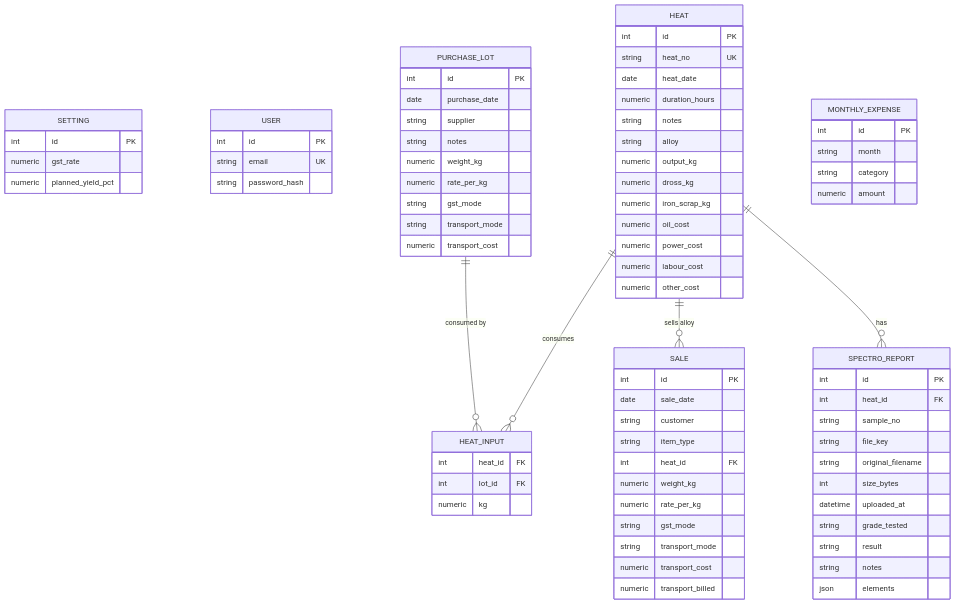
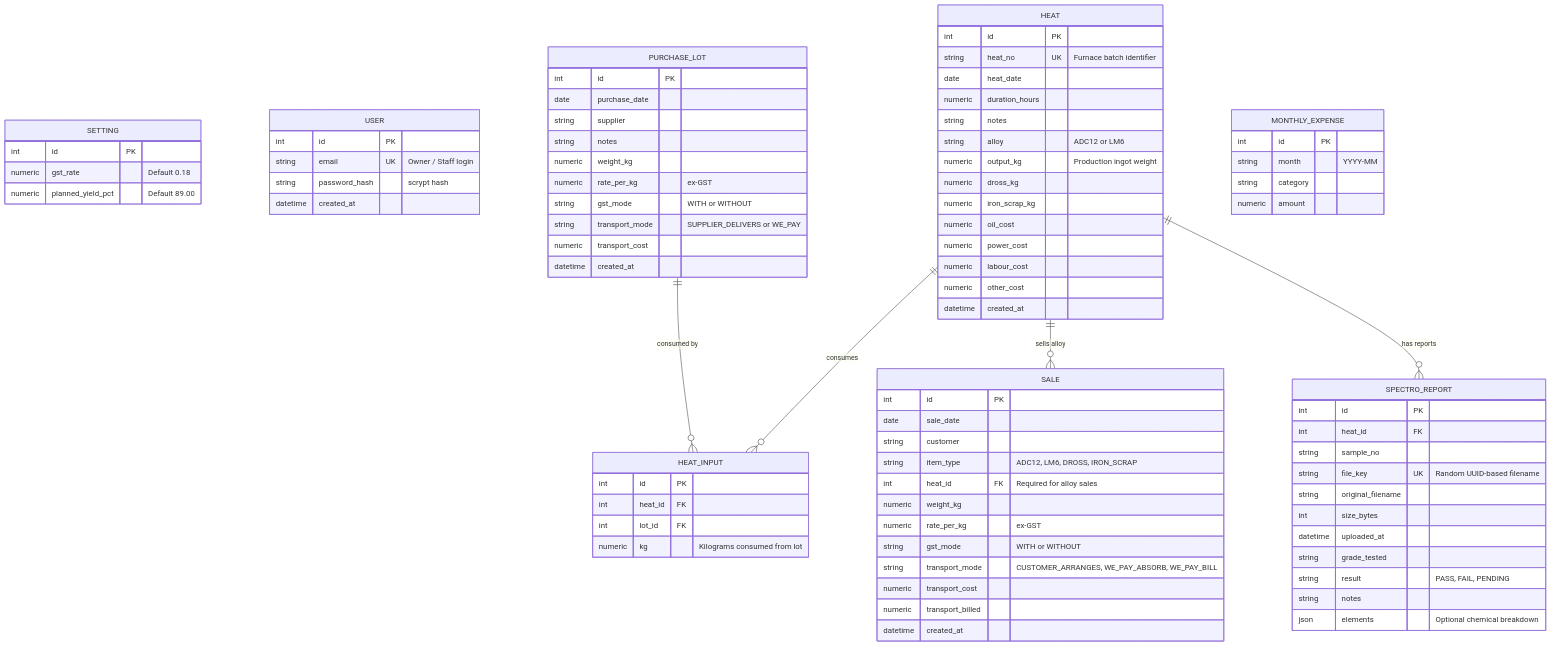
One commit to KushagraPan/Metal-Ops changed the second of 3 diagrams in _docs/architecture.md. Above: the diagram before and after it, drawn with Mermaid. The commit also changed other lines of this file and 4 other files, not shown here.

Commit message:
Refs #19: Complete modular project documentation, architecture, agent team governance, and AI usage log

````diff
--- a/_docs/architecture.md
+++ b/_docs/architecture.md
@@ -50,13 +98,14 @@
 erDiagram
     SETTING {
         int id PK
-        numeric gst_rate
-        numeric planned_yield_pct
+        numeric gst_rate "Default 0.18"
+        numeric planned_yield_pct "Default 89.00"
     }
     USER {
         int id PK
-        string email UK
-        string password_hash
+        string email UK "Owner / Staff login"
+        string password_hash "scrypt hash"
+        datetime created_at
     }
     PURCHASE_LOT {
         int id PK
@@ -64,60 +113,64 @@
         string supplier
         string notes
         numeric weight_kg
-        numeric rate_per_kg
-        string gst_mode
-        string transport_mode
+        numeric rate_per_kg "ex-GST"
+        string gst_mode "WITH or WITHOUT"
+        string transport_mode "SUPPLIER_DELIVERS or WE_PAY"
         numeric transport_cost
+        datetime created_at
     }
     HEAT {
         int id PK
-        string heat_no UK
+        string heat_no UK "Furnace batch identifier"
         date heat_date
         numeric duration_hours
         string notes
-        string alloy
-        numeric output_kg
+        string alloy "ADC12 or LM6"
+        numeric output_kg "Production ingot weight"
         numeric dross_kg
         numeric iron_scrap_kg
         numeric oil_cost
         numeric power_cost
         numeric labour_cost
         numeric other_cost
+        datetime created_at
     }
     HEAT_INPUT {
+        int id PK
         int heat_id FK
         int lot_id FK
-        numeric kg
+        numeric kg "Kilograms consumed from lot"
     }
     SALE {
         int id PK
         date sale_date
         string customer
-        string item_type
-        int heat_id FK
+        string item_type "ADC12, LM6, DROSS, IRON_SCRAP"
+        int heat_id FK "Required for alloy sales"
         numeric weight_kg
-        numeric rate_per_kg
-        string gst_mode
-        string transport_mode
+        numeric rate_per_kg "ex-GST"
+        string gst_mode "WITH or WITHOUT"
+        string transport_mode "CUSTOMER_ARRANGES, WE_PAY_ABSORB, WE_PAY_BILL"
         numeric transport_cost
         numeric transport_billed
+        datetime created_at
     }
     SPECTRO_REPORT {
         int id PK
         int heat_id FK
         string sample_no
-        string file_key
+        string file_key UK "Random UUID-based filename"
         string original_filename
         int size_bytes
         datetime uploaded_at
         string grade_tested
-        string result
+        string result "PASS, FAIL, PENDING"
         string notes
-        json elements
+        json elements "Optional chemical breakdown"
     }
     MONTHLY_EXPENSE {
         int id PK
-        string month
+        string month "YYYY-MM"
         string category
         numeric amount
     }
@@ -125,5 +178,5 @@
     PURCHASE_LOT ||--o{ HEAT_INPUT : "consumed by"
     HEAT ||--o{ HEAT_INPUT : "consumes"
     HEAT ||--o{ SALE : "sells alloy"
-    HEAT ||--o{ SPECTRO_REPORT : "has"
+    HEAT ||--o{ SPECTRO_REPORT : "has reports"
 ```
````
